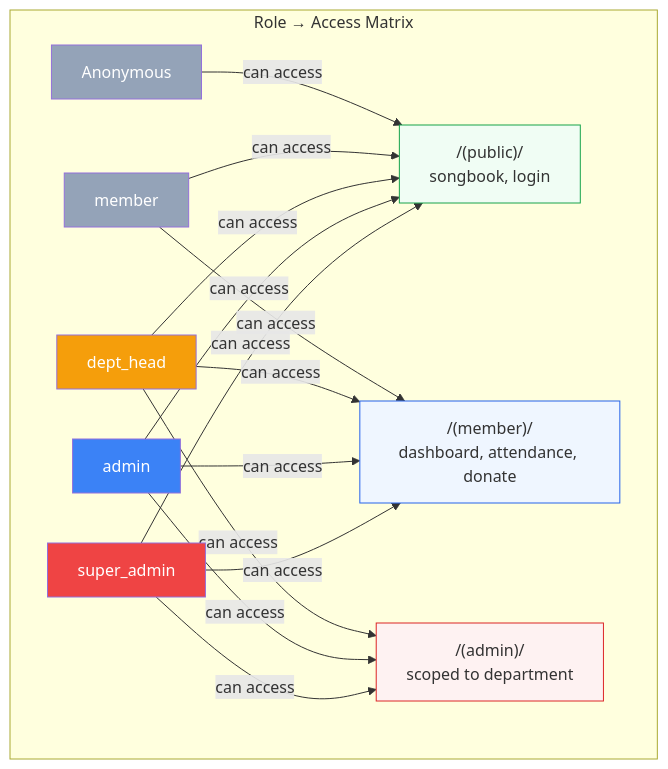
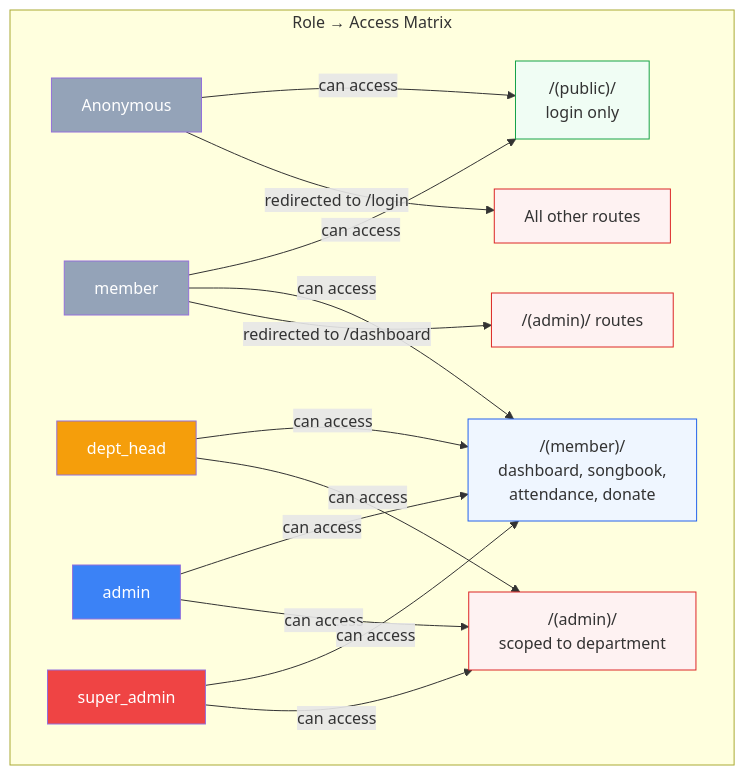
Before and after one commit to Felege-Yordanos-Tech-Team/felege-yordanos-app: the fifth of 6 diagrams in docs/auth-flow.md, drawn with Mermaid. The commit also changed other lines of this file and 3 other files, not shown here.

First line of the commit message:
docs: 📝 update architecture docs and add database schema

````diff
--- a/docs/auth-flow.md
+++ b/docs/auth-flow.md
@@ -96,27 +129,28 @@
 ```mermaid
 graph TD
     subgraph ROLES["Role → Access Matrix"]
         direction LR
-        ANON["Anonymous"] -->|can access| PUB["/(public)/<br/>songbook, login"]
+        ANON["Anonymous"] -->|can access| PUB["/(public)/<br/>login only"]
+        ANON -->|redirected to /login| BLOCKED["All other routes"]
         MEMBER_R["member"] -->|can access| PUB
-        MEMBER_R -->|can access| MEM["/(member)/<br/>dashboard, attendance, donate"]
-        DH["dept_head"] -->|can access| PUB
-        DH -->|can access| MEM
+        MEMBER_R -->|can access| MEM["/(member)/<br/>dashboard, songbook,<br/>attendance, donate"]
+        MEMBER_R -->|redirected to /dashboard| ADM_BLOCKED["/(admin)/ routes"]
+        DH["dept_head"] -->|can access| MEM
         DH -->|can access| ADM["/(admin)/<br/>scoped to department"]
-        ADMIN_R["admin"] -->|can access| PUB
-        ADMIN_R -->|can access| MEM
+        ADMIN_R["admin"] -->|can access| MEM
         ADMIN_R -->|can access| ADM
-        SA["super_admin"] -->|can access| PUB
-        SA -->|can access| MEM
+        SA["super_admin"] -->|can access| MEM
         SA -->|can access| ADM
     end
 
     style ANON fill:#94a3b8,color:#fff
     style MEMBER_R fill:#94a3b8,color:#fff
     style DH fill:#f59e0b,color:#fff
     style ADMIN_R fill:#3b82f6,color:#fff
     style SA fill:#ef4444,color:#fff
     style PUB fill:#f0fdf4,stroke:#16a34a
     style MEM fill:#eff6ff,stroke:#2563eb
     style ADM fill:#fef2f2,stroke:#dc2626
+    style BLOCKED fill:#fef2f2,stroke:#dc2626
+    style ADM_BLOCKED fill:#fef2f2,stroke:#dc2626
 ```
````
